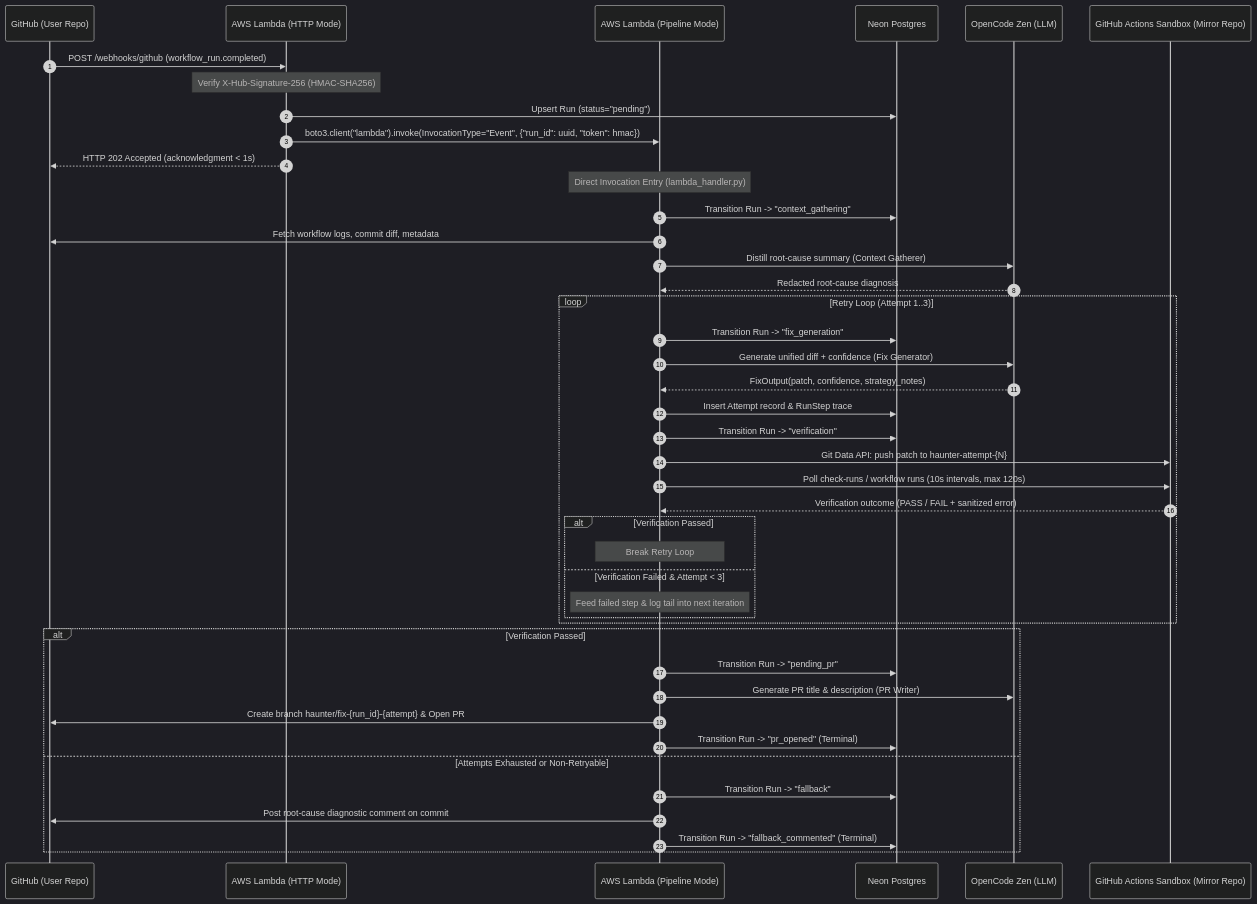
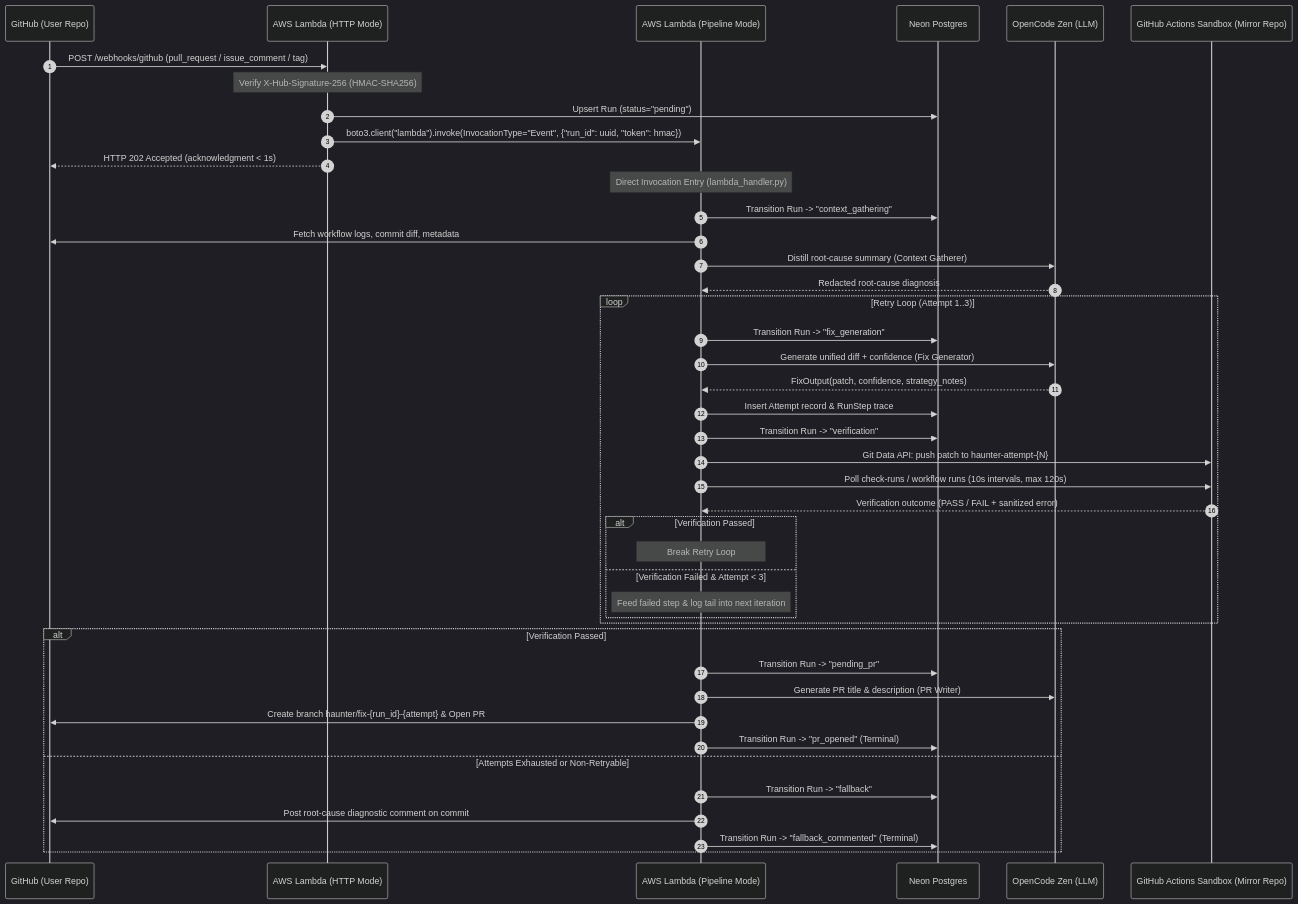
Before and after one commit to kaiizer777/Haunter: the first of 2 diagrams in HAUNTER.md, drawn with Mermaid (dark theme). The commit also changed other lines of this file and 1 other file, not shown here.

Commit message:
docs: update project scope to PR review and issue-fixing agent

````diff
--- a/HAUNTER.md
+++ b/HAUNTER.md
@@ -50,51 +50,51 @@
 ```mermaid
 sequenceDiagram
     autonumber
     participant GH as GitHub (User Repo)
     participant L_HTTP as AWS Lambda (HTTP Mode)
     participant L_ASYNC as AWS Lambda (Pipeline Mode)
     participant DB as Neon Postgres
     participant LLM as OpenCode Zen (LLM)
     participant SB as GitHub Actions Sandbox (Mirror Repo)
 
-    GH->>L_HTTP: POST /webhooks/github (workflow_run.completed)
+    GH->>L_HTTP: POST /webhooks/github (pull_request / issue_comment / tag)
     Note over L_HTTP: Verify X-Hub-Signature-256 (HMAC-SHA256)
     L_HTTP->>DB: Upsert Run (status="pending")
     L_HTTP->>L_ASYNC: boto3.client("lambda").invoke(InvocationType="Event", {"run_id": uuid, "token": hmac})
     L_HTTP-->>GH: HTTP 202 Accepted (acknowledgment < 1s)
 
     Note over L_ASYNC: Direct Invocation Entry (lambda_handler.py)
     L_ASYNC->>DB: Transition Run -> "context_gathering"
     L_ASYNC->>GH: Fetch workflow logs, commit diff, metadata
     L_ASYNC->>LLM: Distill root-cause summary (Context Gatherer)
     LLM-->>L_ASYNC: Redacted root-cause diagnosis
 
     loop Retry Loop (Attempt 1..3)
         L_ASYNC->>DB: Transition Run -> "fix_generation"
         L_ASYNC->>LLM: Generate unified diff + confidence (Fix Generator)
         LLM-->>L_ASYNC: FixOutput(patch, confidence, strategy_notes)
         L_ASYNC->>DB: Insert Attempt record & RunStep trace
         
         L_ASYNC->>DB: Transition Run -> "verification"
         L_ASYNC->>SB: Git Data API: push patch to haunter-attempt-{N}
         L_ASYNC->>SB: Poll check-runs / workflow runs (10s intervals, max 120s)
         SB-->>L_ASYNC: Verification outcome (PASS / FAIL + sanitized error)
         
         alt Verification Passed
             Note over L_ASYNC: Break Retry Loop
         else Verification Failed & Attempt < 3
             Note over L_ASYNC: Feed failed step & log tail into next iteration
         end
     end
 
     alt Verification Passed
         L_ASYNC->>DB: Transition Run -> "pending_pr"
         L_ASYNC->>LLM: Generate PR title & description (PR Writer)
         L_ASYNC->>GH: Create branch haunter/fix-{run_id}-{attempt} & Open PR
         L_ASYNC->>DB: Transition Run -> "pr_opened" (Terminal)
     else Attempts Exhausted or Non-Retryable
         L_ASYNC->>DB: Transition Run -> "fallback"
         L_ASYNC->>GH: Post root-cause diagnostic comment on commit
         L_ASYNC->>DB: Transition Run -> "fallback_commented" (Terminal)
     end
 ```
````
